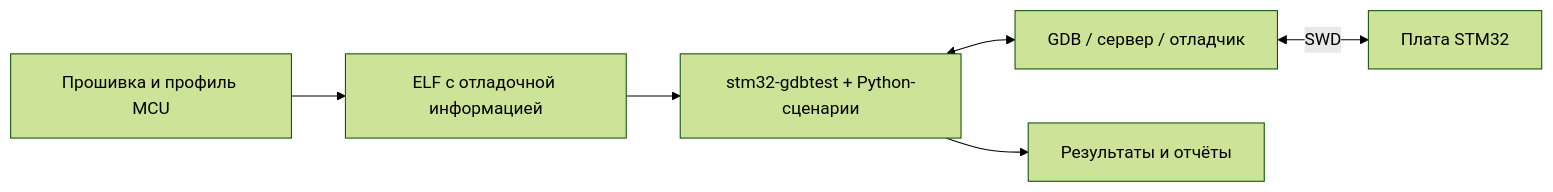
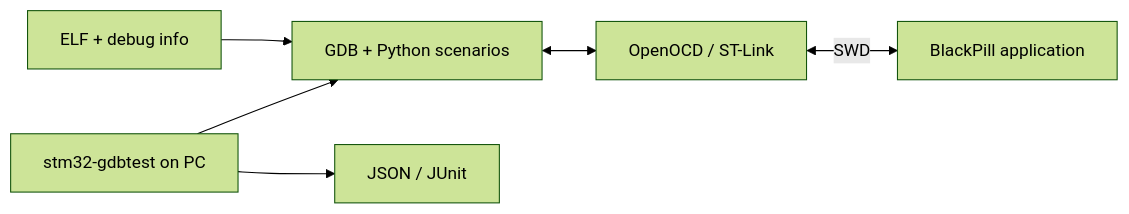
The diagram in README.md (ViacheslavMezentsev/stm32-hwtest-blackpill), drawn with Mermaid (forest theme) before and after one commit. The commit also changed other lines of this file and 231 other files, not shown here.

First line of the commit message:
refactor: align BlackPill consumer layout and archive HAL profiles

````diff
--- a/README.md
+++ b/README.md
@@ -22,8 +15,8 @@
 ```mermaid
 flowchart LR
-    F["Прошивка и профиль MCU"] --> E["ELF с отладочной информацией"]
-    E --> T["stm32-gdbtest + Python-сценарии"]
-    T <--> G["GDB / сервер / отладчик"]
-    G <-->|SWD| B["Плата STM32"]
-    T --> R["Результаты и отчёты"]
+    E["ELF + debug info"] --> G["GDB + Python scenarios"]
+    R["stm32-gdbtest on PC"] --> G
+    G <--> S["OpenOCD / ST-Link"]
+    S <-->|SWD| M["BlackPill application"]
+    R --> J["JSON / JUnit"]
 ```
````
